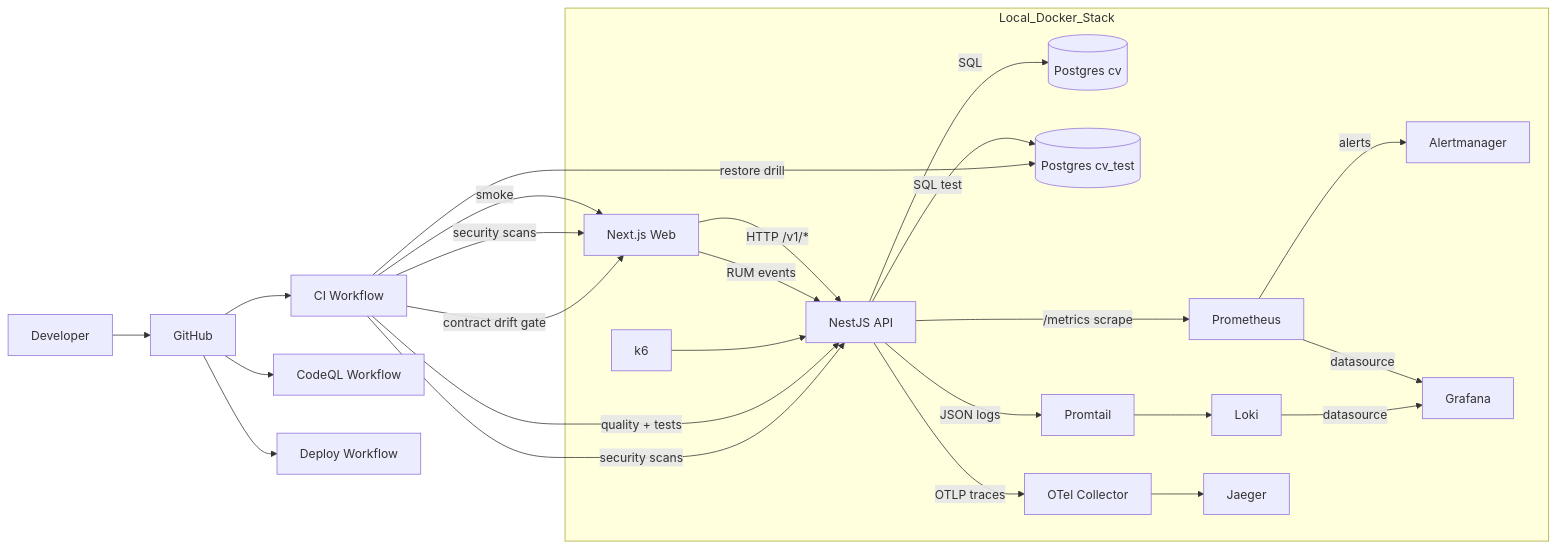
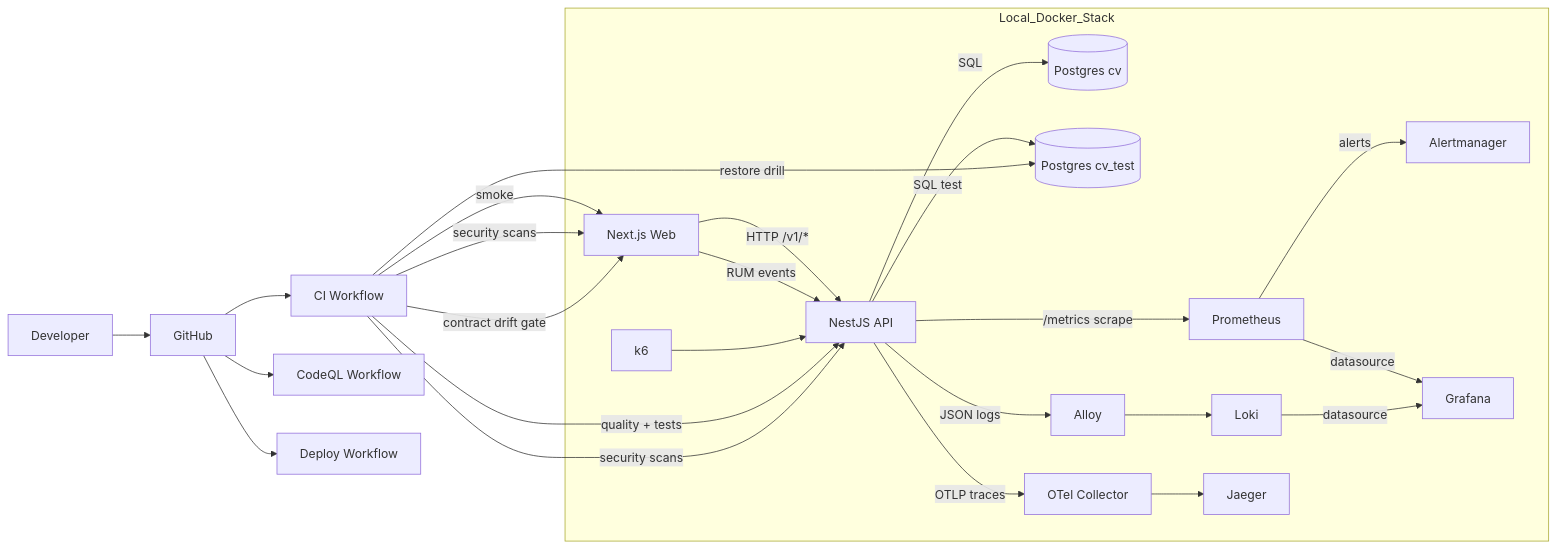
The diagram in docs/skeleton-wrapup.md (zigorlsp7/cv), drawn with Mermaid before and after one commit. The commit also changed other lines of this file and 27 other files, not shown here.

````diff
--- a/docs/skeleton-wrapup.md
+++ b/docs/skeleton-wrapup.md
@@ -20,48 +20,48 @@
 ```mermaid
 flowchart LR
   Dev[Developer] --> GH[GitHub]
   GH --> CI[CI Workflow]
   GH --> CodeQL[CodeQL Workflow]
   GH --> Deploy[Deploy Workflow]
 
   subgraph Local_Docker_Stack
     Web[Next.js Web]
     API[NestJS API]
     DB[(Postgres cv)]
     DBT[(Postgres cv_test)]
     Prom[Prometheus]
     AM[Alertmanager]
     Gra[Grafana]
     Loki[Loki]
-    PT[Promtail]
+    Alloy[Alloy]
     OTel[OTel Collector]
     Jae[Jaeger]
     K6[k6]
   end
 
   Web -->|HTTP /v1/*| API
   Web -->|RUM events| API
 
   API -->|SQL| DB
   API -->|SQL test| DBT
 
   API -->|/metrics scrape| Prom
   Prom -->|alerts| AM
   Prom -->|datasource| Gra
 
-  API -->|JSON logs| PT
-  PT --> Loki
+  API -->|JSON logs| Alloy
+  Alloy --> Loki
   Loki -->|datasource| Gra
 
   API -->|OTLP traces| OTel
   OTel --> Jae
 
   K6 --> API
 
   CI -->|quality + tests| API
   CI -->|smoke| Web
   CI -->|security scans| API
   CI -->|security scans| Web
   CI -->|contract drift gate| Web
   CI -->|restore drill| DBT
 ```
````
